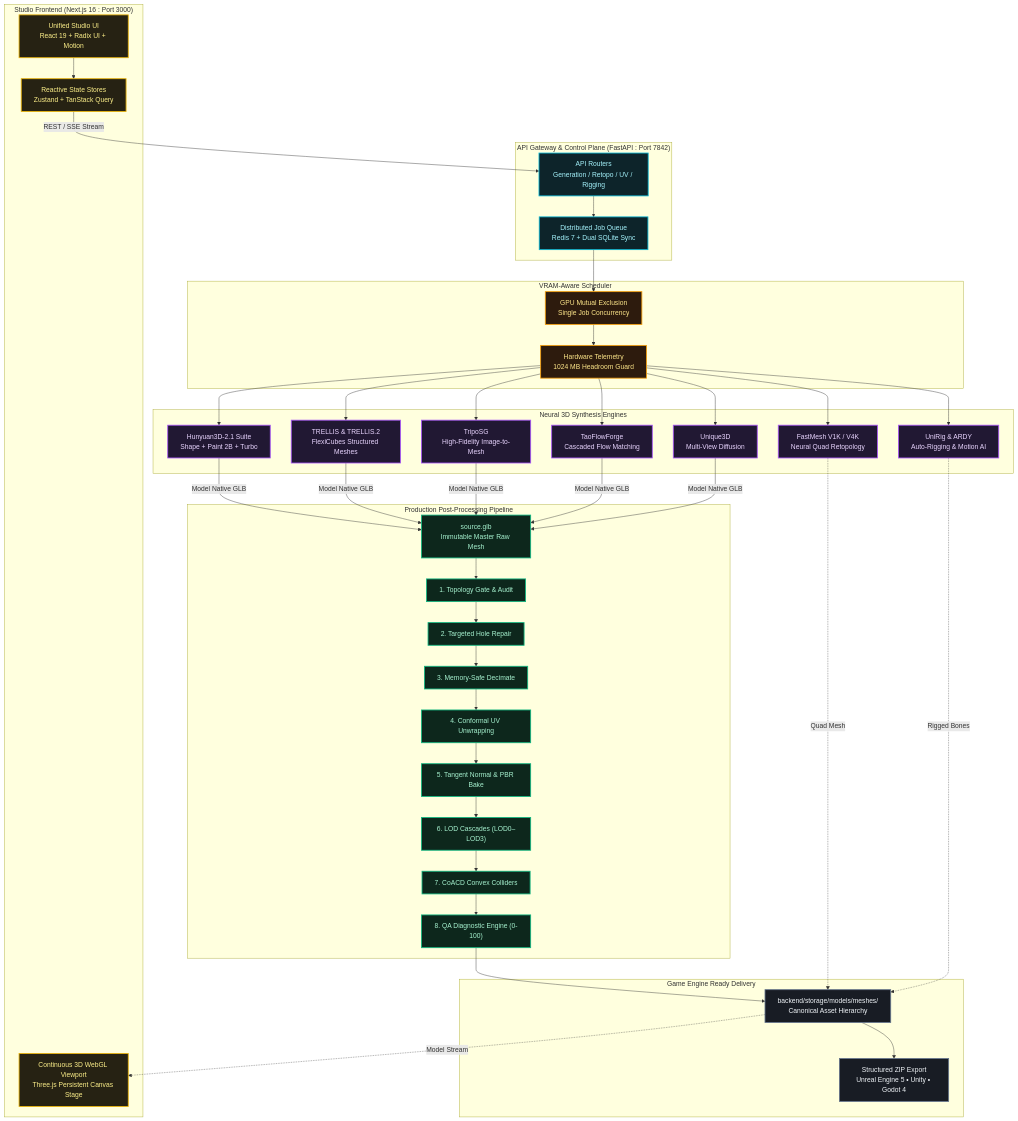
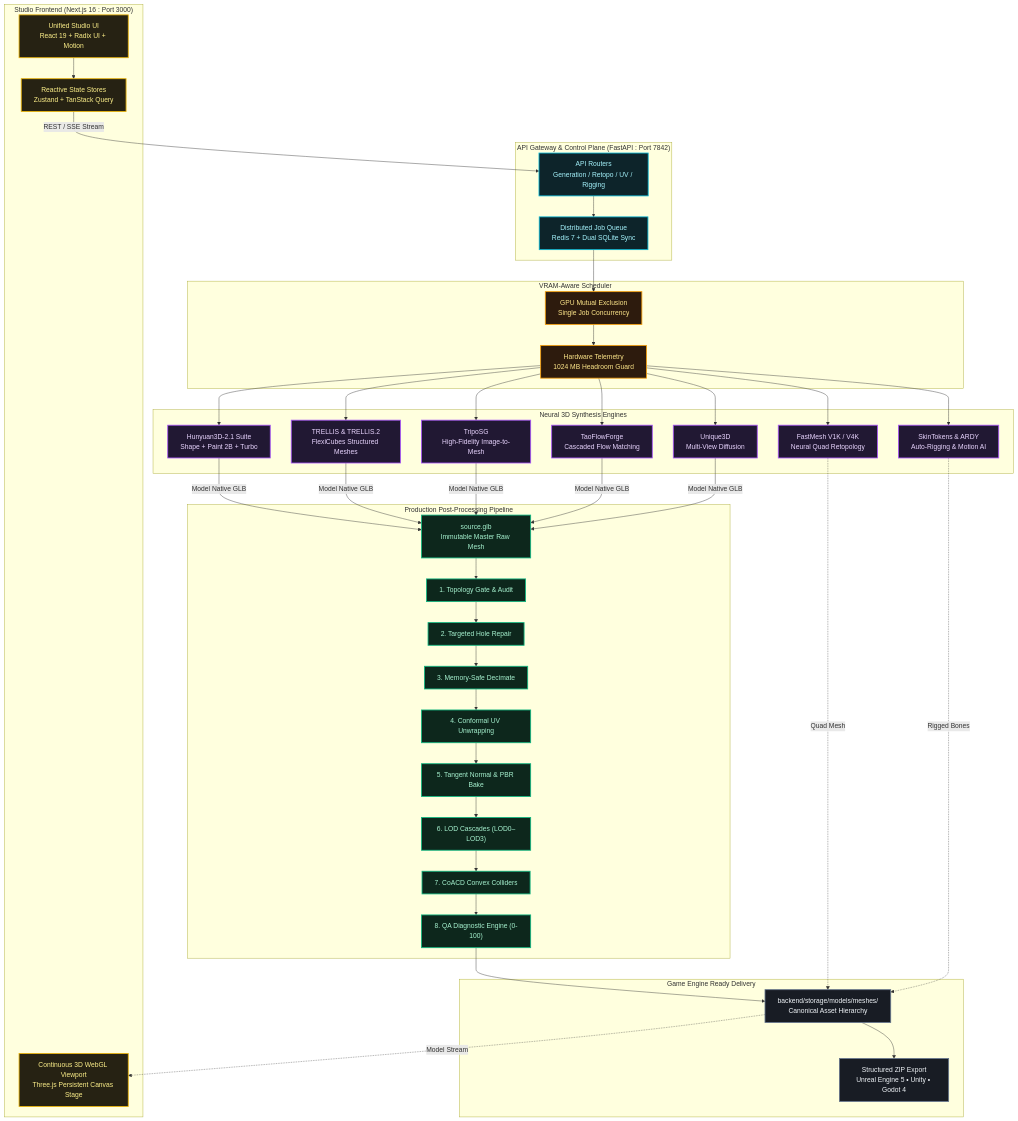
One commit to Silentzx2/ForMesh3D changed the second of 3 diagrams in README.md. Above: the diagram before and after it, drawn with Mermaid. The commit also changed other lines of this file and 32 other files, not shown here.

First line of the commit message:
feat(rigging): integrate SkinTokens and decommission UniRig

```diff
--- a/README.md
+++ b/README.md
@@ -182,7 +182,7 @@
         TRIPO["TripoSG<br/>High-Fidelity Image-to-Mesh"]:::purple
         TAO["TaoFlowForge<br/>Cascaded Flow Matching"]:::purple
         RETOPO["FastMesh V1K / V4K<br/>Neural Quad Retopology"]:::purple
-        RIGGING["UniRig & ARDY<br/>Auto-Rigging & Motion AI"]:::purple
+        RIGGING["SkinTokens & ARDY<br/>Auto-Rigging & Motion AI"]:::purple
         UNIQUE3D["Unique3D<br/>Multi-View Diffusion"]:::purple
     end
 
```
